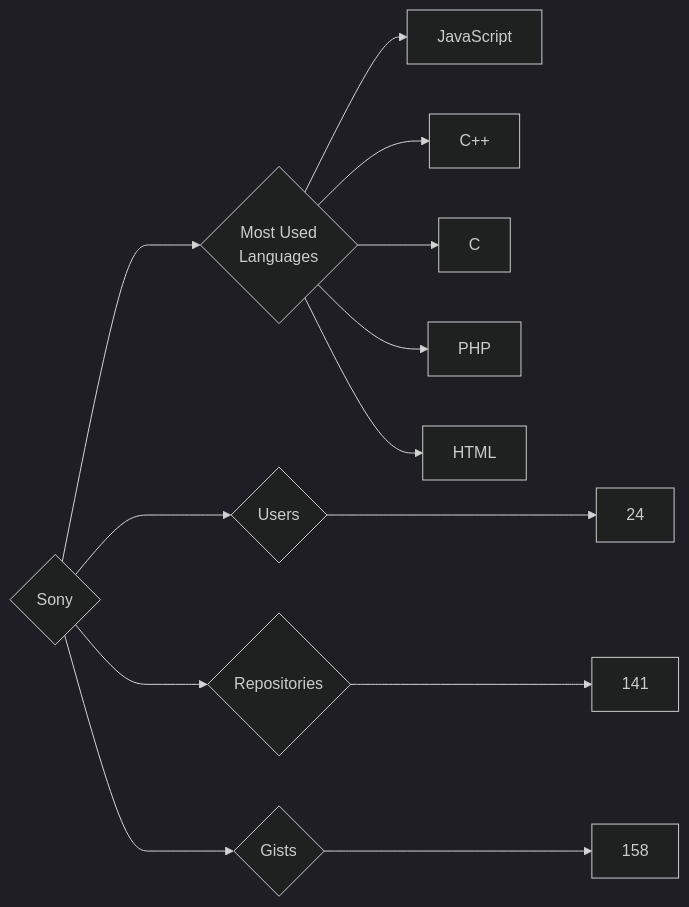
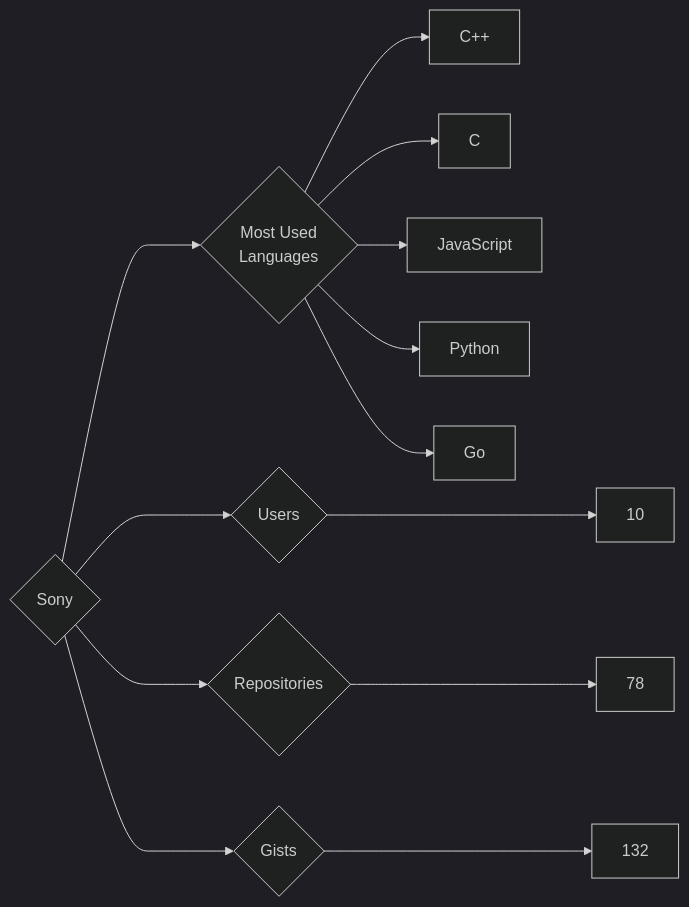
One commit to trickest/insiders changed the diagram in targets/Sony/README.md. Above: the diagram before and after it, drawn with Mermaid (dark theme). The commit also changed 912 other files, not shown here.

````diff
--- a/targets/Sony/README.md
+++ b/targets/Sony/README.md
@@ -3,13 +3,13 @@
 ```mermaid
 graph LR
 COMPANY_NAME{Sony}
-COMPANY_NAME ---> U{Users} ---> UN[24]
-COMPANY_NAME ---> R{Repositories} ---> RN[141]
-COMPANY_NAME ---> G{Gists} ---> GN[158]
+COMPANY_NAME ---> U{Users} ---> UN[10]
+COMPANY_NAME ---> R{Repositories} ---> RN[78]
+COMPANY_NAME ---> G{Gists} ---> GN[132]
 COMPANY_NAME ---> ML{Most Used<br>Languages}
-ML --> JavaScript[JavaScript]
 ML --> C++[C++]
 ML --> C[C]
-ML --> PHP[PHP]
-ML --> HTML[HTML]
+ML --> JavaScript[JavaScript]
+ML --> Python[Python]
+ML --> Go[Go]
 ```
````
